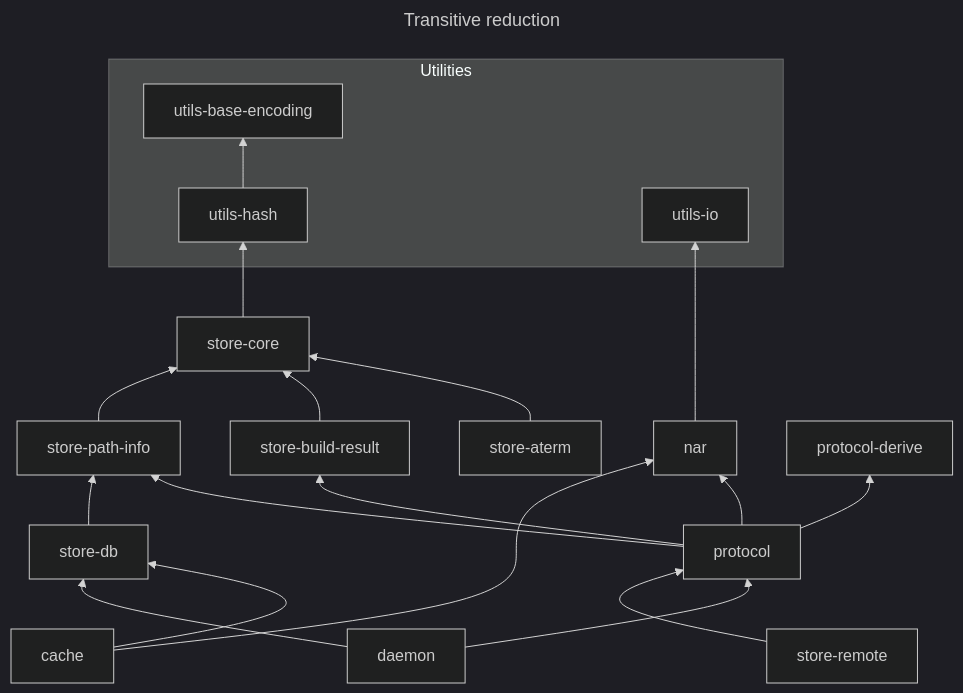
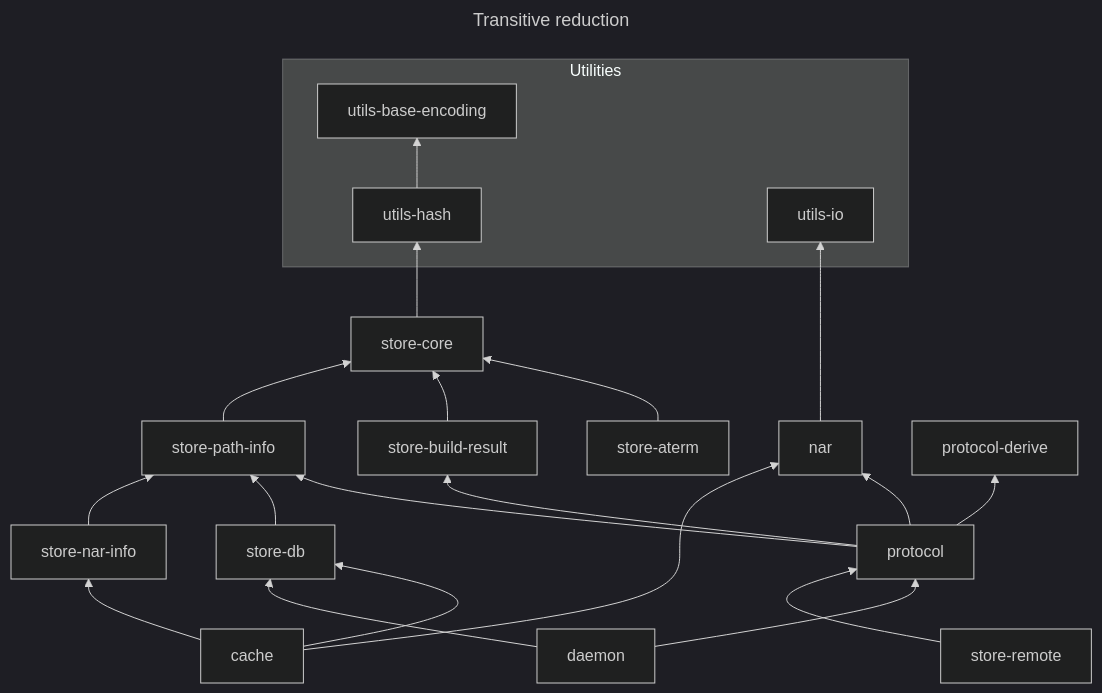
One commit to nix-community/harmonia changed the second of 2 diagrams in docs/architecture/harmonia-store-structure.md. Above: the diagram before and after it, drawn with Mermaid (dark theme). The commit also changed other lines of this file and 13 other files, not shown here.

First line of the commit message:
Factor out `harmonia-store-nar-info` crate

````diff
--- a/docs/architecture/harmonia-store-structure.md
+++ b/docs/architecture/harmonia-store-structure.md
@@ -119,27 +123,29 @@
 ```mermaid
 ---
 title: Transitive reduction
 ---
 graph BT
     subgraph Utilities
         utils-base-encoding
         utils-hash
         utils-io
     end
     nar --> utils-io
     utils-hash --> utils-base-encoding
     store-core --> utils-hash
     store-aterm --> store-core
     store-build-result --> store-core
     store-path-info --> store-core
     protocol --> nar
     protocol --> protocol-derive
     protocol --> store-build-result
     protocol --> store-path-info
     store-db --> store-path-info
+    store-nar-info --> store-path-info
     cache --> nar
     cache --> store-db
+    cache --> store-nar-info
     daemon --> protocol
     daemon --> store-db
     store-remote --> protocol
 ```
````
